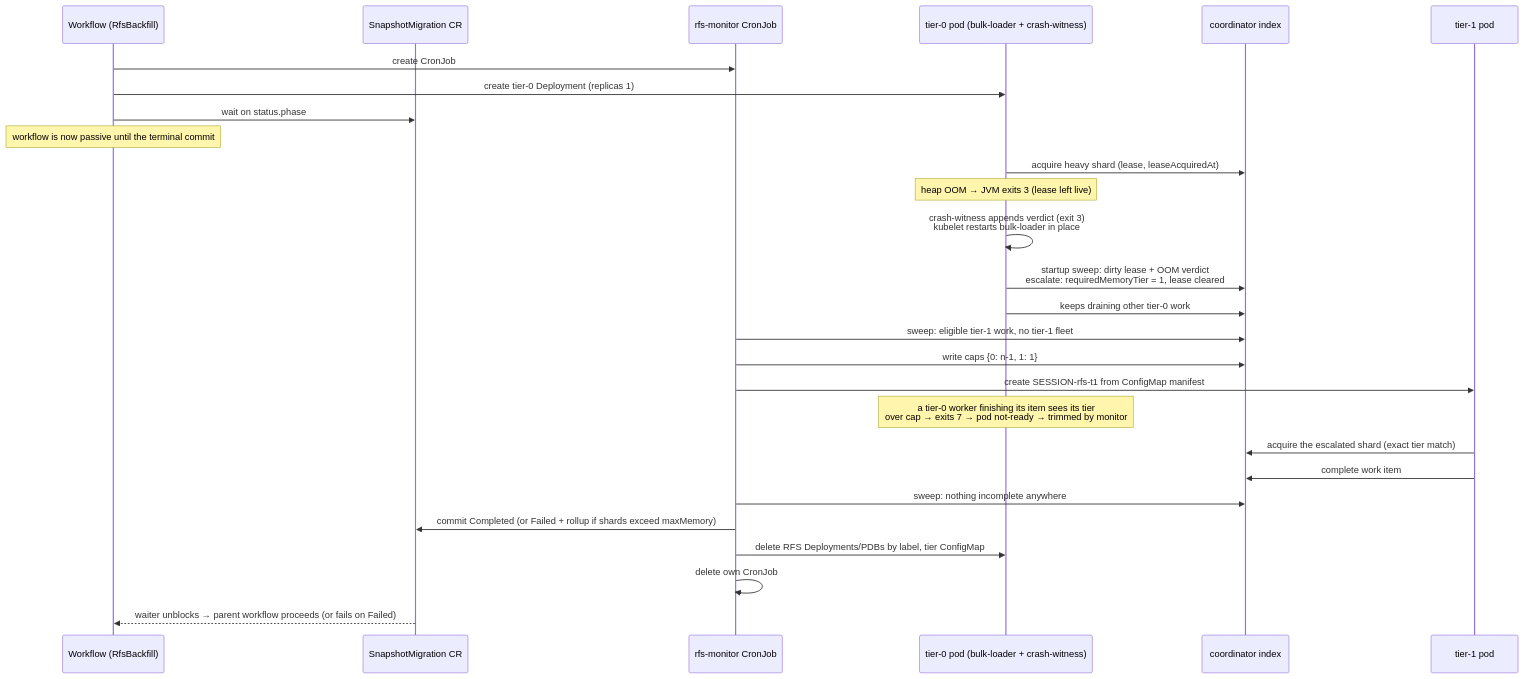
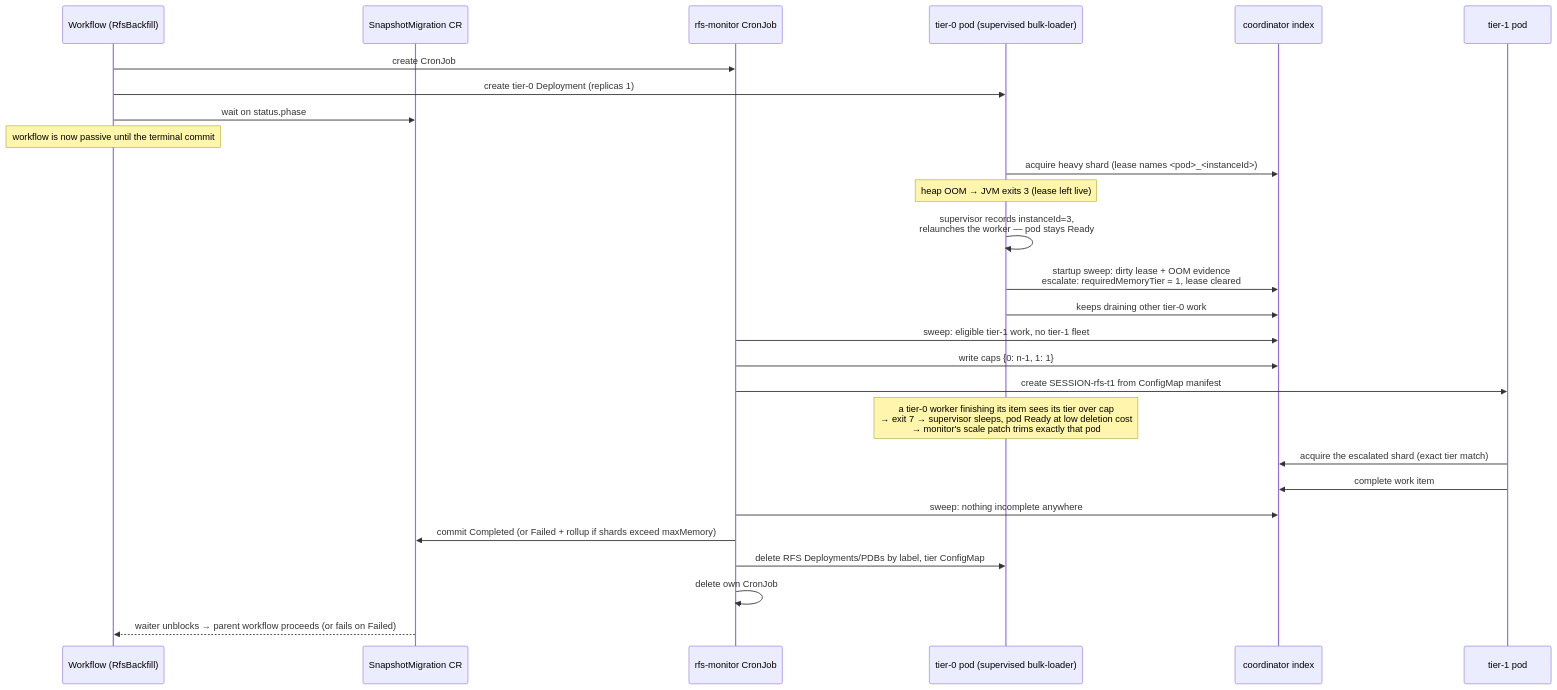
One commit to opensearch-project/opensearch-migrations changed the second of 2 diagrams in docs/rfsMemoryTierScaling.md. Above: the diagram before and after it, drawn with Mermaid. The commit also changed other lines of this file, not shown here.

First line of the commit message:
Document RFS tier recovery and dashboard interpretation

````diff
--- a/docs/rfsMemoryTierScaling.md
+++ b/docs/rfsMemoryTierScaling.md
@@ -497,34 +562,34 @@
 ```mermaid
 sequenceDiagram
     participant W as Workflow (RfsBackfill)
     participant SM as SnapshotMigration CR
     participant M as rfs-monitor CronJob
-    participant T0 as tier-0 pod (bulk-loader + crash-witness)
+    participant T0 as tier-0 pod (supervised bulk-loader)
     participant C as coordinator index
     participant T1 as tier-1 pod
 
     W->>M: create CronJob
     W->>T0: create tier-0 Deployment (replicas 1)
     W->>SM: wait on status.phase
     Note over W: workflow is now passive until the terminal commit
 
-    T0->>C: acquire heavy shard (lease, leaseAcquiredAt)
+    T0->>C: acquire heavy shard (lease names <pod>_<instanceId>)
     Note over T0: heap OOM → JVM exits 3 (lease left live)
-    T0->>T0: crash-witness appends verdict (exit 3)<br/>kubelet restarts bulk-loader in place
-    T0->>C: startup sweep: dirty lease + OOM verdict<br/>escalate: requiredMemoryTier = 1, lease cleared
+    T0->>T0: supervisor records instanceId=3,<br/>relaunches the worker — pod stays Ready
+    T0->>C: startup sweep: dirty lease + OOM evidence<br/>escalate: requiredMemoryTier = 1, lease cleared
     T0->>C: keeps draining other tier-0 work
 
     M->>C: sweep: eligible tier-1 work, no tier-1 fleet
     M->>C: write caps {0: n-1, 1: 1}
     M->>T1: create SESSION-rfs-t1 from ConfigMap manifest
-    Note over T0: a tier-0 worker finishing its item sees its tier<br/>over cap → exits 7 → pod not-ready → trimmed by monitor
+    Note over T0: a tier-0 worker finishing its item sees its tier over cap<br/>→ exit 7 → supervisor sleeps, pod Ready at low deletion cost<br/>→ monitor's scale patch trims exactly that pod
 
     T1->>C: acquire the escalated shard (exact tier match)
     T1->>C: complete work item
 
     M->>C: sweep: nothing incomplete anywhere
     M->>SM: commit Completed (or Failed + rollup if shards exceed maxMemory)
     M->>T0: delete RFS Deployments/PDBs by label, tier ConfigMap
     M->>M: delete own CronJob
     SM-->>W: waiter unblocks → parent workflow proceeds (or fails on Failed)
 ```
````
